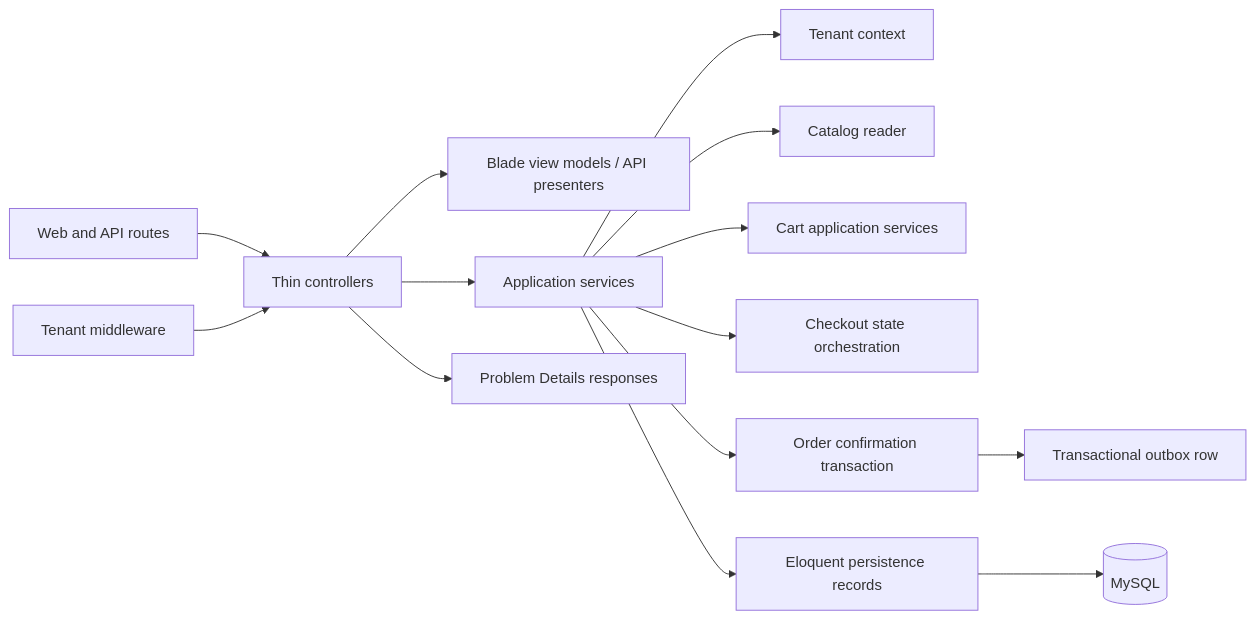
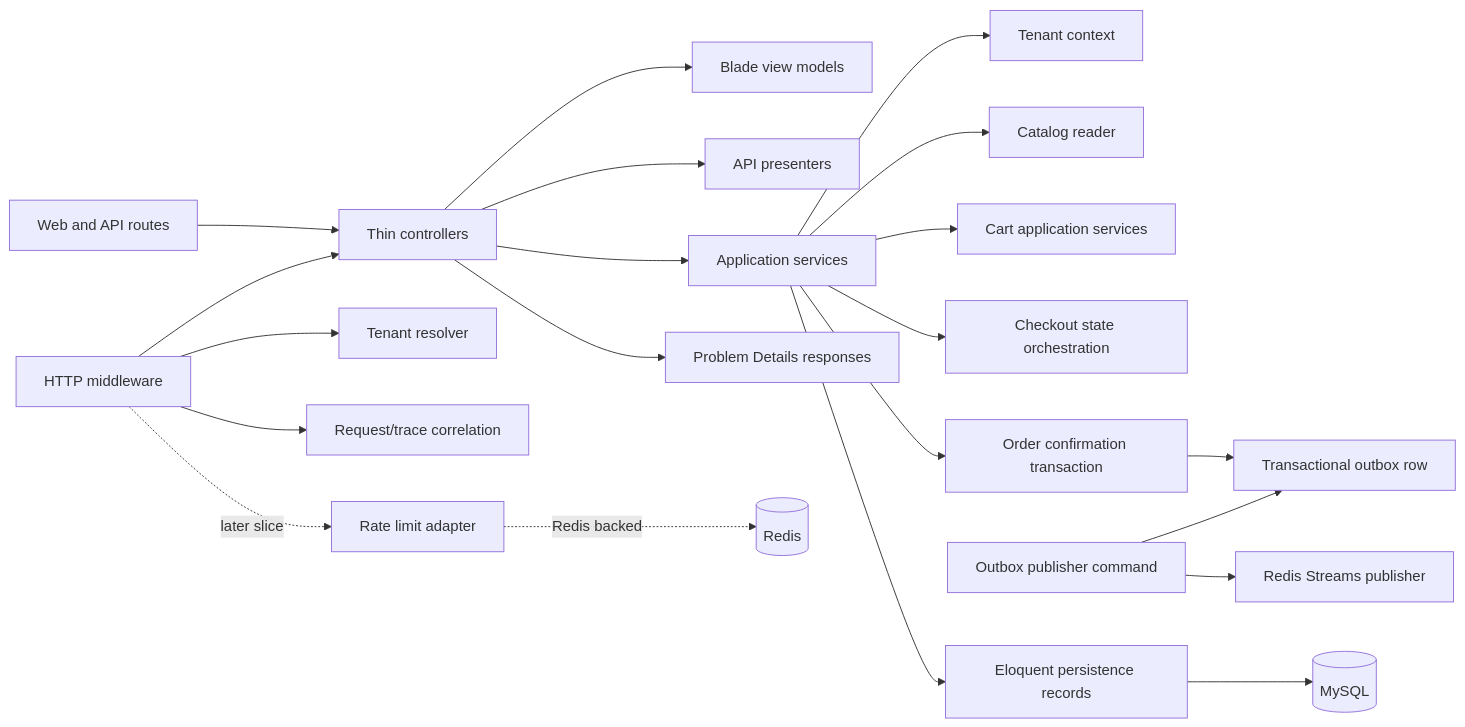
One commit to ankit-singhal87/checkout-orchestration-service changed the diagram in docs/human/architecture/components-checkout.md. Above: the diagram before and after it, drawn with Mermaid. The commit also changed other lines of this file and 30 other files, not shown here.

````diff
--- a/docs/human/architecture/components-checkout.md
+++ b/docs/human/architecture/components-checkout.md
@@ -3,16 +3,23 @@
 ```mermaid
 flowchart LR
   Routes[Web and API routes] --> Controllers[Thin controllers]
-  Controllers --> ViewModels[Blade view models / API presenters]
+  Controllers --> ViewModels[Blade view models]
+  Controllers --> Presenters[API presenters]
   Controllers --> UseCases[Application services]
-  Middleware[Tenant middleware] --> Controllers
+  Middleware[HTTP middleware] --> Controllers
+  Middleware --> TenantResolver[Tenant resolver]
+  Middleware --> Observability[Request/trace correlation]
+  Middleware -. later slice .-> RateLimit[Rate limit adapter]
   UseCases --> Tenant[Tenant context]
   UseCases --> Catalog[Catalog reader]
   UseCases --> Cart[Cart application services]
   UseCases --> Checkout[Checkout state orchestration]
   UseCases --> Order[Order confirmation transaction]
   Order --> Outbox[Transactional outbox row]
+  Publisher[Outbox publisher command] --> Outbox
+  Publisher --> RedisStream[Redis Streams publisher]
   UseCases --> Eloquent[Eloquent persistence records]
   Eloquent --> MySQL[(MySQL)]
   Controllers --> Problems[Problem Details responses]
+  RateLimit -. Redis backed .-> Redis[(Redis)]
 ```
````
